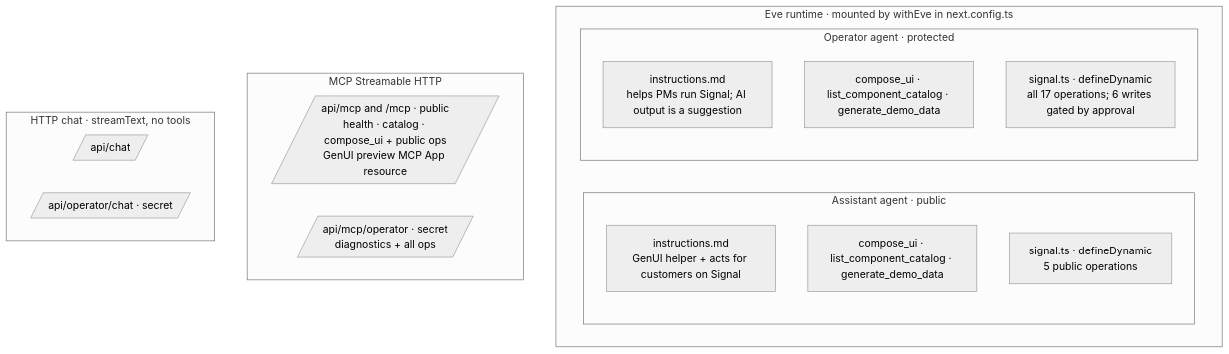
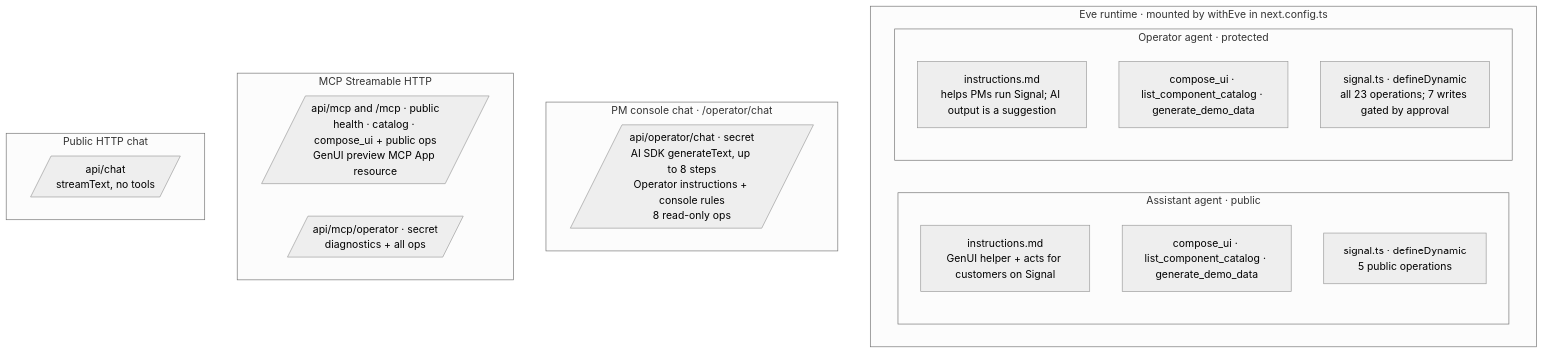
One commit to gaboesquivel/flow-signal changed the first of 7 diagrams in docs/harness/agents.md. Above: the diagram before and after it, drawn with Mermaid (neutral theme). The commit also changed other lines of this file and 7 other files, not shown here.

First line of the commit message:
docs(harness): refresh diagrams for specs 006, 007, and 010 (#12)

````diff
--- a/docs/harness/agents.md
+++ b/docs/harness/agents.md
@@ -7,23 +7,25 @@
 ```mermaid
 flowchart TB
   subgraph EveRuntime[Eve runtime · mounted by withEve in next.config.ts]
     subgraph AST[Assistant agent · public]
       AI1[instructions.md<br/>GenUI helper + acts for customers on Signal]
       AT1[compose_ui · list_component_catalog · generate_demo_data]
       AT2[signal.ts · defineDynamic<br/>5 public operations]
     end
     subgraph OPA[Operator agent · protected]
       OI1[instructions.md<br/>helps PMs run Signal; AI output is a suggestion]
       OT1[compose_ui · list_component_catalog · generate_demo_data]
-      OT2[signal.ts · defineDynamic<br/>all 17 operations; 6 writes gated by approval]
+      OT2[signal.ts · defineDynamic<br/>all 23 operations; 7 writes gated by approval]
     end
+  end
+  subgraph Console[PM console chat · /operator/chat]
+    CA[/api/operator/chat · secret<br/>AI SDK generateText, up to 8 steps<br/>Operator instructions + console rules<br/>8 read-only ops/]
   end
   subgraph MCPs[MCP Streamable HTTP]
     P[/api/mcp and /mcp · public<br/>health · catalog · compose_ui + public ops<br/>GenUI preview MCP App resource/]
     O[/api/mcp/operator · secret<br/>diagnostics + all ops/]
   end
-  subgraph Chat[HTTP chat · streamText, no tools]
-    C1[/api/chat/]
-    C2[/api/operator/chat · secret/]
+  subgraph Chat[Public HTTP chat]
+    C1[/api/chat<br/>streamText, no tools/]
   end
 ```
````
